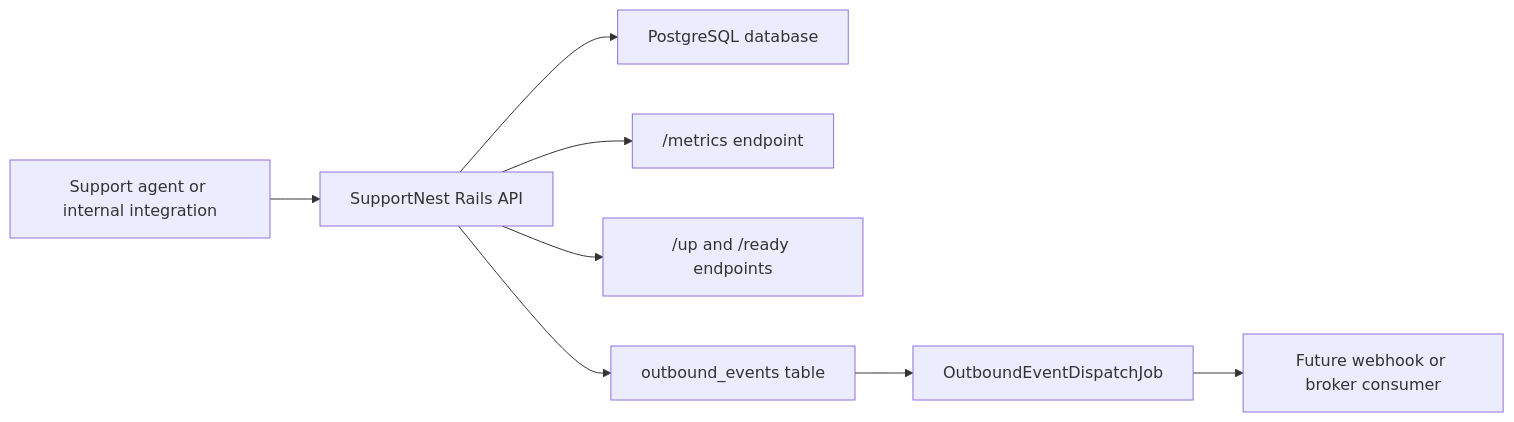
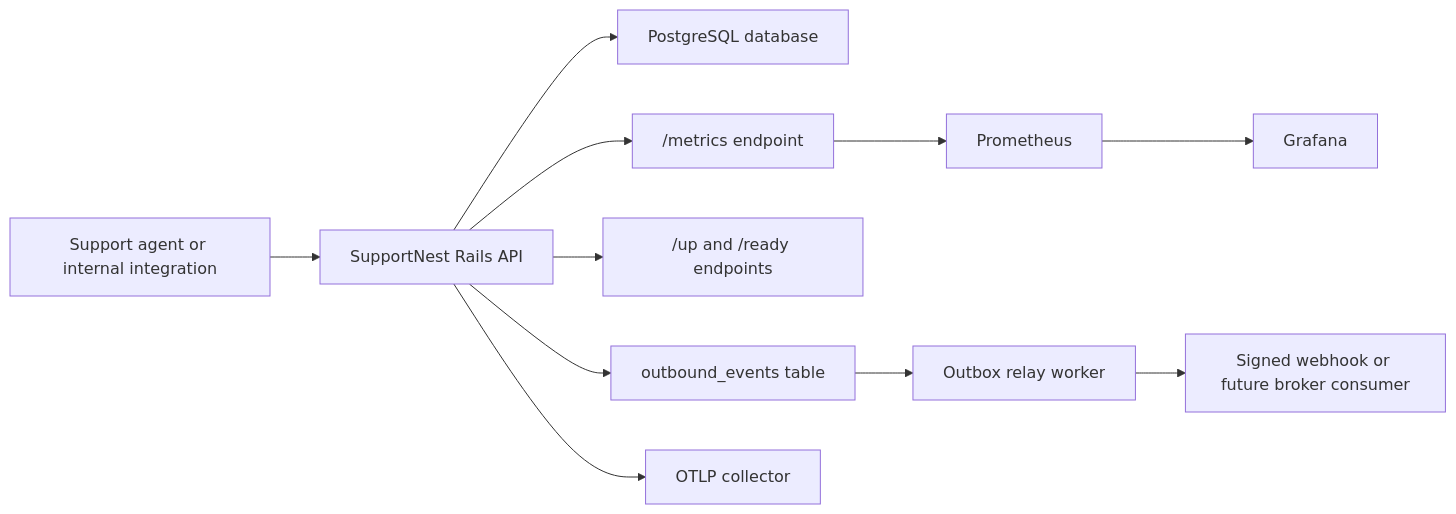
Before and after one commit to Defyland/supportnest-rails-saas: the diagram in docs/diagrams/container.md, drawn with Mermaid. The commit also changed 19 other files, not shown here.

````diff
--- a/docs/diagrams/container.md
+++ b/docs/diagrams/container.md
@@ -3,10 +3,13 @@
 ```mermaid
 flowchart LR
   Client["Support agent or internal integration"] --> API["SupportNest Rails API"]
   API --> DB["PostgreSQL database"]
   API --> Metrics["/metrics endpoint"]
   API --> Health["/up and /ready endpoints"]
   API --> Outbox["outbound_events table"]
-  Outbox --> Job["OutboundEventDispatchJob"]
-  Job --> Downstream["Future webhook or broker consumer"]
+  Outbox --> Relay["Outbox relay worker"]
+  Relay --> Downstream["Signed webhook or future broker consumer"]
+  Metrics --> Prometheus["Prometheus"]
+  API --> OTel["OTLP collector"]
+  Prometheus --> Grafana["Grafana"]
 ```
````
